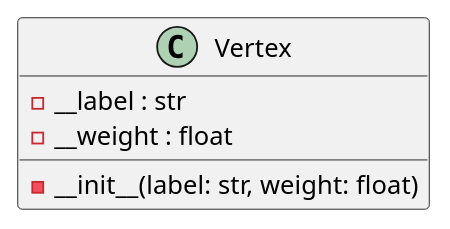
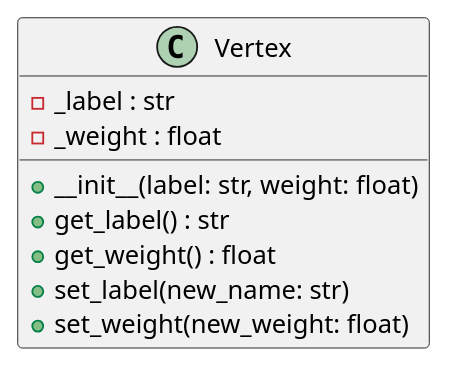
The diagram in docs/class/vertex.puml (BGLuis/Trabalho-pratico-grafos), drawn with PlantUML before and after one commit. The commit also changed 12 other files, not shown here.

```diff
--- a/docs/class/vertex.puml
+++ b/docs/class/vertex.puml
@@ -1,10 +1,13 @@
-@startuml base-classes
+@startuml vertex-class
 
 class Vertex {
-    - __init__(label: str, weight: float)
-
-    - __label : str
-    - __weight : float
+    - _label : str
+    - _weight : float
+    + __init__(label: str, weight: float)
+    + get_label() : str
+    + get_weight() : float
+    + set_label(new_name: str)
+    + set_weight(new_weight: float)
 }
 
 @enduml
```
